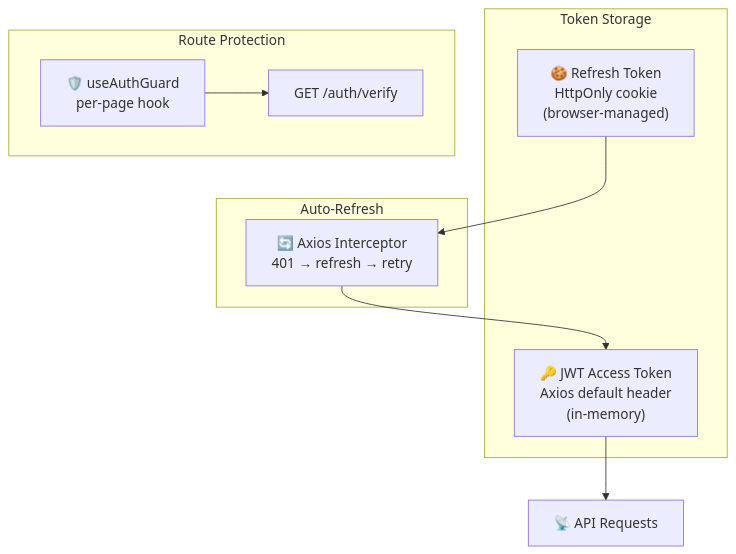
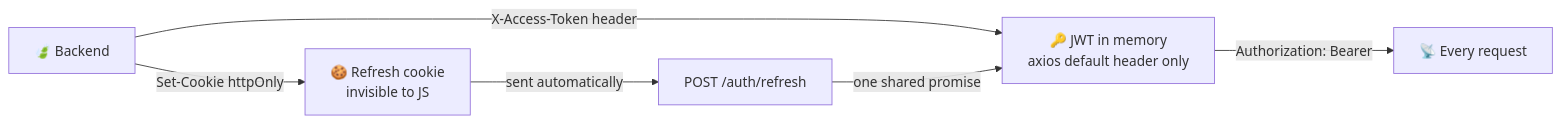
One commit to AndDev741/Beyou-arch-design changed the diagram in architecture/ui-security/en.md. Above: the diagram before and after it, drawn with Mermaid. The commit also changed other lines of this file and 7 other files, not shown here.

First line of the commit message:
docs(architecture): language-theme and ui-security match the shipped code

````diff
--- a/architecture/ui-security/en.md
+++ b/architecture/ui-security/en.md
@@ -10,21 +10,8 @@
 ```mermaid
-flowchart TD
-  subgraph "Token Storage"
-    JWT["🔑 JWT Access Token<br/>Axios default header<br/>(in-memory)"]
-    REF["🍪 Refresh Token<br/>HttpOnly cookie<br/>(browser-managed)"]
-  end
-
-  subgraph "Route Protection"
-    GUARD["🛡️ useAuthGuard<br/>per-page hook"]
-    VERIFY["GET /auth/verify"]
-  end
-
-  subgraph "Auto-Refresh"
-    INT["🔄 Axios Interceptor<br/>401 → refresh → retry"]
-  end
-
-  JWT --> API["📡 API Requests"]
-  REF --> INT
-  GUARD --> VERIFY
-  INT --> JWT
+flowchart LR
+  BE["🍃 Backend"] -->|"X-Access-Token header"| MEM["🔑 JWT in memory<br/>axios default header only"]
+  BE -->|"Set-Cookie httpOnly"| CK["🍪 Refresh cookie<br/>invisible to JS"]
+  MEM -->|"Authorization: Bearer"| API["📡 Every request"]
+  CK -->|"sent automatically"| REF["POST /auth/refresh"]
+  REF -->|"one shared promise"| MEM
 ```
````
